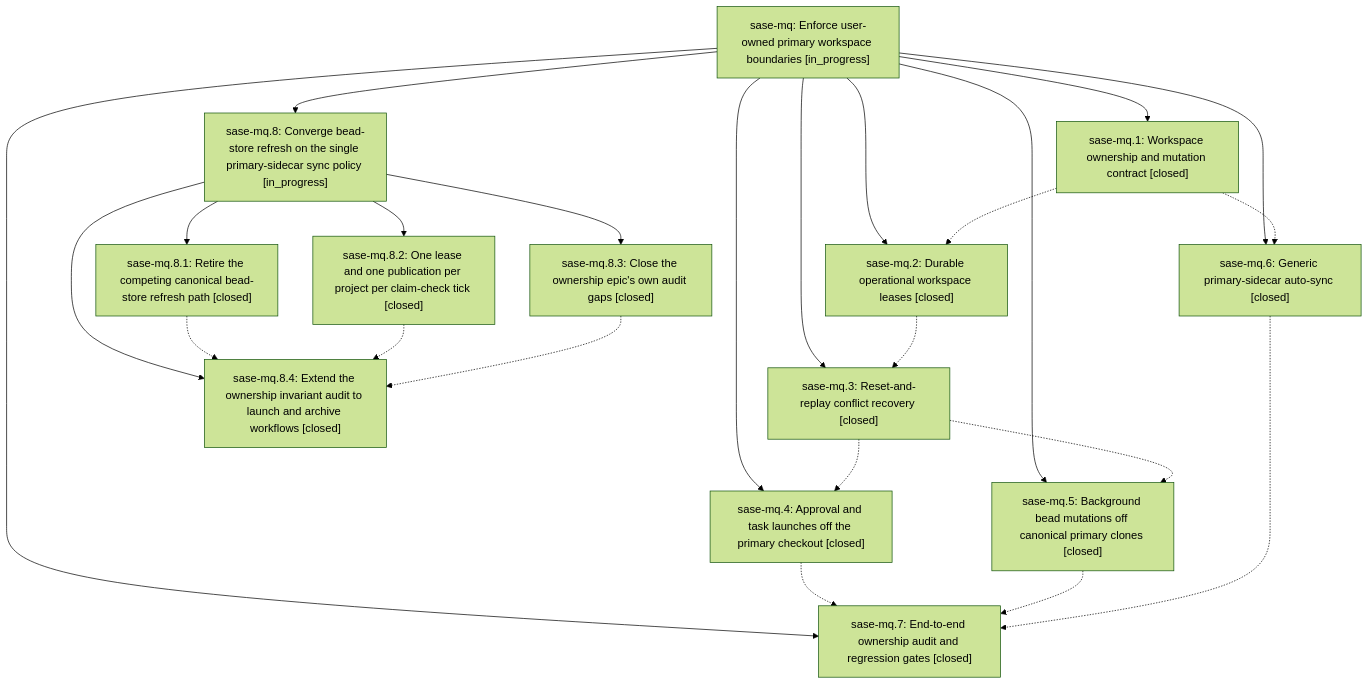
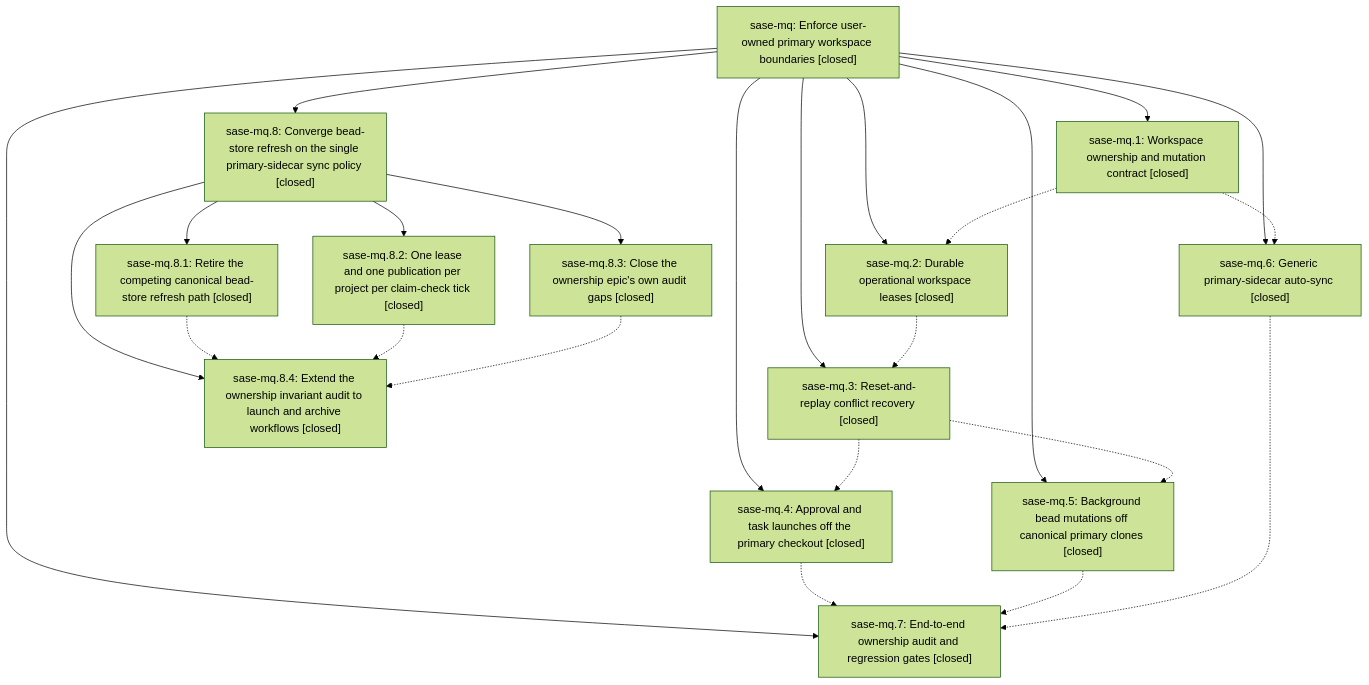
The diagram in pages/sase-mq/README.md (sase-org/sase--beads), drawn with Mermaid (forest theme) before and after one commit. The commit also changed other lines of this file and 1 other file, not shown here.

First line of the commit message:
chore(beads): sync bead state and pages for sase-mq

````diff
--- a/pages/sase-mq/README.md
+++ b/pages/sase-mq/README.md
@@ -44,39 +46,39 @@
 ```mermaid
 flowchart TD
-    n0["sase-mq: Enforce user-owned primary workspace boundaries [in_progress]"]
+    n0["sase-mq: Enforce user-owned primary workspace boundaries [closed]"]
     n1["sase-mq.1: Workspace ownership and mutation contract [closed]"]
     n2["sase-mq.2: Durable operational workspace leases [closed]"]
     n3["sase-mq.3: Reset-and-replay conflict recovery [closed]"]
     n4["sase-mq.4: Approval and task launches off the primary checkout [closed]"]
     n5["sase-mq.5: Background bead mutations off canonical primary clones [closed]"]
     n6["sase-mq.6: Generic primary-sidecar auto-sync [closed]"]
     n7["sase-mq.7: End-to-end ownership audit and regression gates [closed]"]
-    n8["sase-mq.8: Converge bead-store refresh on the single primary-sidecar sync policy [in_progress]"]
+    n8["sase-mq.8: Converge bead-store refresh on the single primary-sidecar sync policy [closed]"]
     n9["sase-mq.8.1: Retire the competing canonical bead-store refresh path [closed]"]
     n10["sase-mq.8.2: One lease and one publication per project per claim-check tick [closed]"]
     n11["sase-mq.8.3: Close the ownership epic's own audit gaps [closed]"]
     n12["sase-mq.8.4: Extend the ownership invariant audit to launch and archive workflows [closed]"]
     n0 --> n1
     n0 --> n2
     n0 --> n3
     n0 --> n4
     n0 --> n5
     n0 --> n6
     n0 --> n7
     n0 --> n8
     n8 --> n9
     n8 --> n10
     n8 --> n11
     n8 --> n12
     n1 -.-> n2
     n1 -.-> n6
     n2 -.-> n3
     n3 -.-> n4
     n3 -.-> n5
     n4 -.-> n7
     n5 -.-> n7
     n6 -.-> n7
     n9 -.-> n12
     n10 -.-> n12
     n11 -.-> n12
 ```
````
